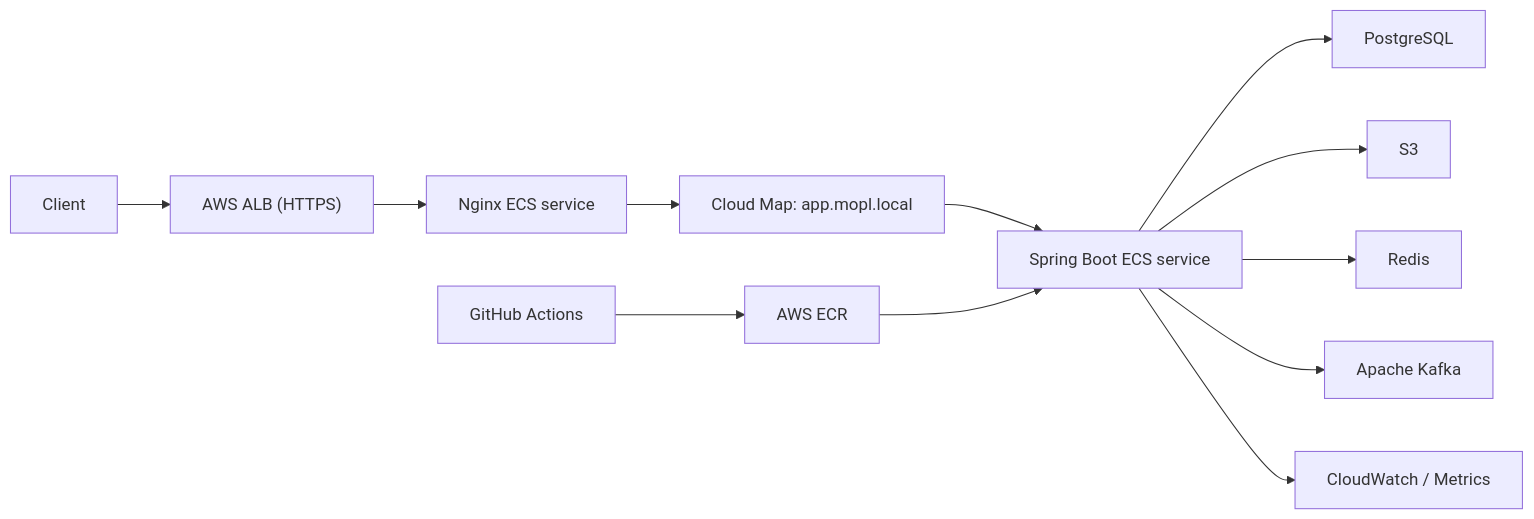
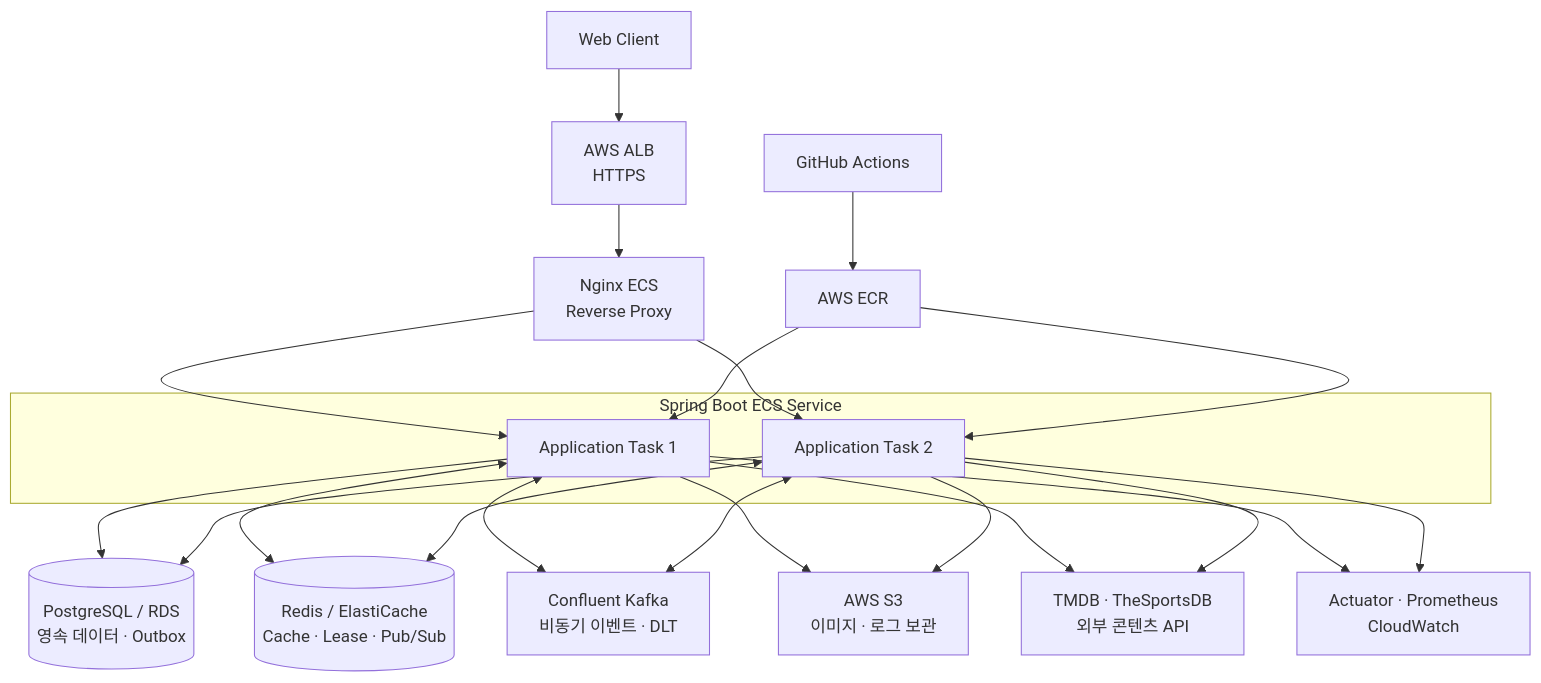
Before and after one commit to sb09-mopl-team01/sb09-mopl-team01: the third of 5 diagrams in README.md, drawn with Mermaid. The commit also changed other lines of this file, not shown here.

````diff
--- a/README.md
+++ b/README.md
@@ -45,14 +153,39 @@
 ```mermaid
-flowchart LR
-    Client["Client"] --> ALB["AWS ALB (HTTPS)"]
-    ALB --> NGINX["Nginx ECS service"]
-    NGINX --> CloudMap["Cloud Map: app.mopl.local"]
-    CloudMap --> ECS["Spring Boot ECS service"]
-    ECS --> RDS["PostgreSQL"]
-    ECS --> S3["S3"]
-    ECS --> Redis["Redis"]
-    ECS --> Kafka["Apache Kafka"]
-    ECS --> CloudWatch["CloudWatch / Metrics"]
-    Github["GitHub Actions"] --> ECR["AWS ECR"]
-    ECR --> ECS
+flowchart TB
+    Client["Web Client"]
+    ALB["AWS ALB<br/>HTTPS"]
+    Nginx["Nginx ECS<br/>Reverse Proxy"]
+
+    subgraph App["Spring Boot ECS Service"]
+        App1["Application Task 1"]
+        App2["Application Task 2"]
+    end
+
+    RDS[("PostgreSQL / RDS<br/>영속 데이터 · Outbox")]
+    Redis[("Redis / ElastiCache<br/>Cache · Lease · Pub/Sub")]
+    Kafka["Confluent Kafka<br/>비동기 이벤트 · DLT"]
+    S3["AWS S3<br/>이미지 · 로그 보관"]
+    External["TMDB · TheSportsDB<br/>외부 콘텐츠 API"]
+    Metrics["Actuator · Prometheus<br/>CloudWatch"]
+    Actions["GitHub Actions"]
+    ECR["AWS ECR"]
+
+    Client --> ALB --> Nginx
+    Nginx --> App1
+    Nginx --> App2
+    App1 --> RDS
+    App2 --> RDS
+    App1 <--> Redis
+    App2 <--> Redis
+    App1 <--> Kafka
+    App2 <--> Kafka
+    App1 --> S3
+    App2 --> S3
+    App1 --> External
+    App2 --> External
+    App1 --> Metrics
+    App2 --> Metrics
+    Actions --> ECR
+    ECR --> App1
+    ECR --> App2
 ```
````
